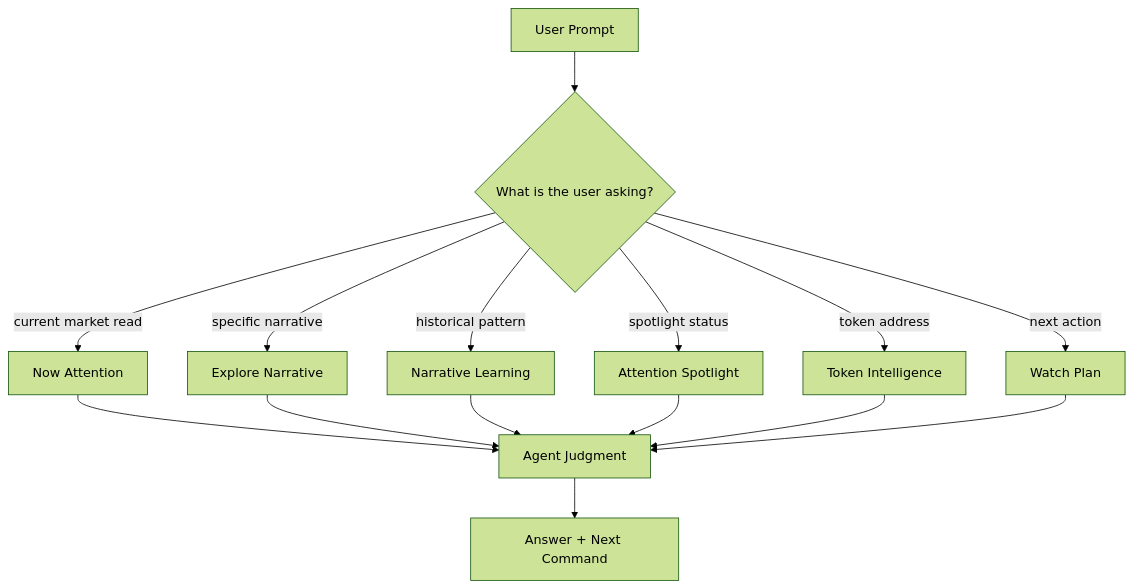
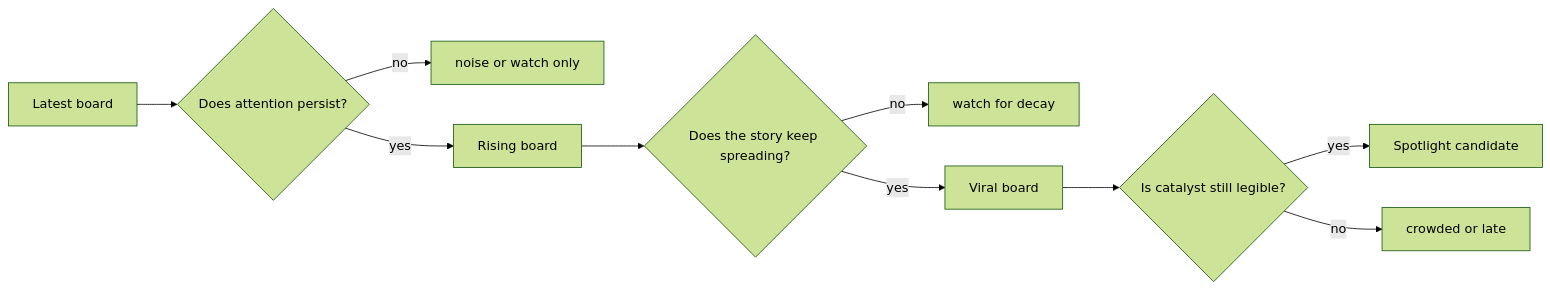
The fifth of 10 diagrams in README.md (animeme99/Animeme-Agent), drawn with Mermaid (forest theme) before and after one commit. The commit also changed other lines of this file, not shown here.

Commit message:
Refocus README graphs on attention analysis

````diff
--- a/README.md
+++ b/README.md
@@ -214,17 +242,12 @@
 ```mermaid
-flowchart TD
-    P["User Prompt"] --> Q{"What is the user asking?"}
-    Q -->|"current market read"| A["Now Attention"]
-    Q -->|"specific narrative"| E["Explore Narrative"]
-    Q -->|"historical pattern"| L["Narrative Learning"]
-    Q -->|"spotlight status"| S["Attention Spotlight"]
-    Q -->|"token address"| T["Token Intelligence"]
-    Q -->|"next action"| W["Watch Plan"]
-    A --> J["Agent Judgment"]
-    E --> J
-    L --> J
-    S --> J
-    T --> J
-    W --> J
-    J --> O["Answer + Next Command"]
+flowchart LR
+    Latest["Latest board"] --> R{"Does attention persist?"}
+    R -->|"no"| Noise["noise or watch only"]
+    R -->|"yes"| Rising["Rising board"]
+    Rising --> V{"Does the story keep spreading?"}
+    V -->|"no"| Watch["watch for decay"]
+    V -->|"yes"| Viral["Viral board"]
+    Viral --> S{"Is catalyst still legible?"}
+    S -->|"yes"| Spotlight["Spotlight candidate"]
+    S -->|"no"| Crowded["crowded or late"]
 ```
````
